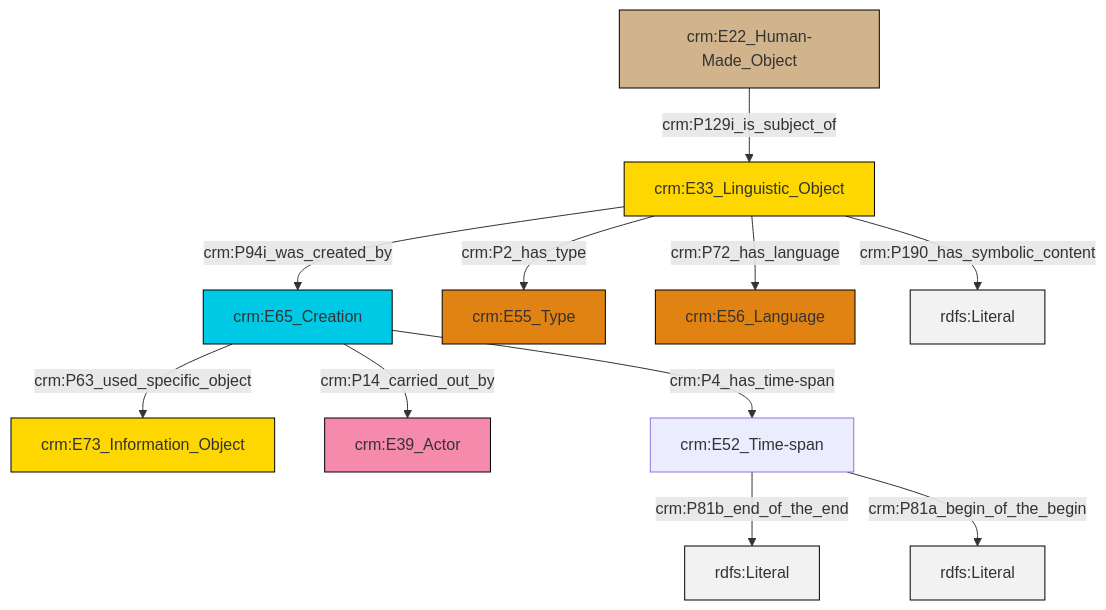
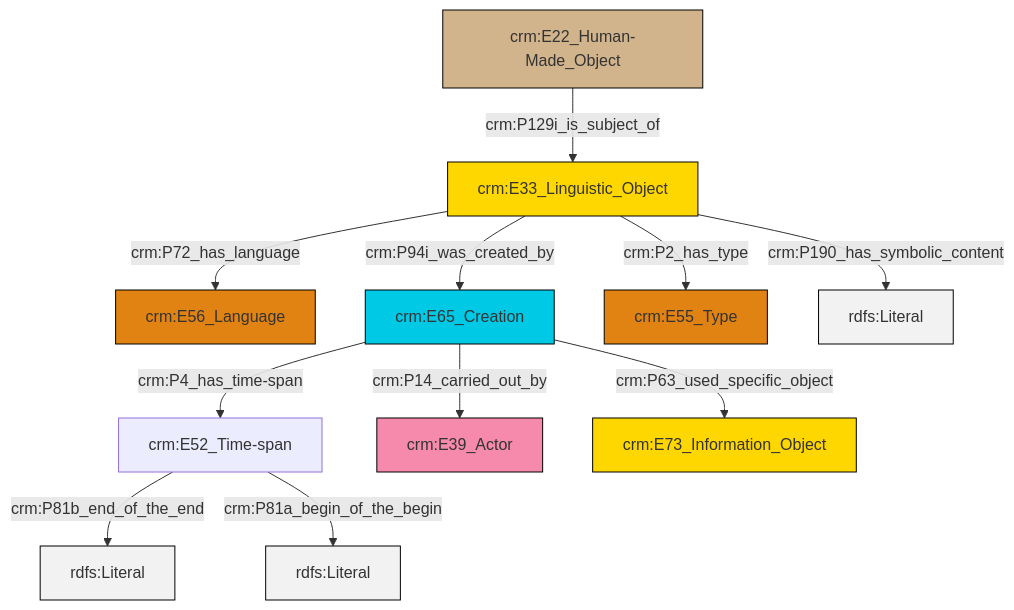
One commit to swiss-art-research-net/docs.swissartresearch changed the diagram in et/carrierCSV/ttl/mmd/carrier_description.ttl.mmd. Above: the diagram before and after it, drawn with Mermaid. The commit also changed 177 other files, not shown here.

```diff
--- a/et/carrierCSV/ttl/mmd/carrier_description.ttl.mmd
+++ b/et/carrierCSV/ttl/mmd/carrier_description.ttl.mmd
@@ -1,25 +1,25 @@
 graph TD
 classDef Literal fill:#f2f2f2,stroke:#000000;
 classDef CRM_Entity fill:#FFFFFF,stroke:#000000;
 classDef Temporal_Entity fill:#00C9E6, stroke:#000000;
 classDef Type fill:#E18312, stroke:#000000;
 classDef Time-Span fill:#2C9C91, stroke:#000000;
 classDef Appellation fill:#FFEB7F, stroke:#000000;
 classDef Place fill:#008836, stroke:#000000;
 classDef Persistent_Item fill:#B266B2, stroke:#000000;
 classDef Conceptual_Object fill:#FFD700, stroke:#000000;
 classDef Physical_Thing fill:#D2B48C, stroke:#000000;
 classDef Actor fill:#f58aad, stroke:#000000;
 classDef PC_Classes fill:#4ce600, stroke:#000000;
 classDef Multi fill:#cccccc,stroke:#000000;
 
-2["crm:E22_Human-Made_Object"]:::Physical_Thing -->|crm:P129i_is_subject_of| 3["crm:E33_Linguistic_Object"]:::Conceptual_Object
-3["crm:E33_Linguistic_Object"]:::Conceptual_Object -->|crm:P2_has_type| 7["crm:E55_Type"]:::Type
-12["crm:E52_Time-span"]:::Default -->|crm:P81b_end_of_the_end| 13[rdfs:Literal]:::Literal
-12["crm:E52_Time-span"]:::Default -->|crm:P81a_begin_of_the_begin| 16[rdfs:Literal]:::Literal
-3["crm:E33_Linguistic_Object"]:::Conceptual_Object -->|crm:P72_has_language| 8["crm:E56_Language"]:::Type
-5["crm:E65_Creation"]:::Temporal_Entity -->|crm:P14_carried_out_by| 10["crm:E39_Actor"]:::Actor
-5["crm:E65_Creation"]:::Temporal_Entity -->|crm:P63_used_specific_object| 0["crm:E73_Information_Object"]:::Conceptual_Object
-3["crm:E33_Linguistic_Object"]:::Conceptual_Object -->|crm:P94i_was_created_by| 5["crm:E65_Creation"]:::Temporal_Entity
-3["crm:E33_Linguistic_Object"]:::Conceptual_Object -->|crm:P190_has_symbolic_content| 17[rdfs:Literal]:::Literal
-5["crm:E65_Creation"]:::Temporal_Entity -->|crm:P4_has_time-span| 12["crm:E52_Time-span"]:::Default
+4["crm:E22_Human-Made_Object"]:::Physical_Thing -->|crm:P129i_is_subject_of| 2["crm:E33_Linguistic_Object"]:::Conceptual_Object
+2["crm:E33_Linguistic_Object"]:::Conceptual_Object -->|crm:P72_has_language| 5["crm:E56_Language"]:::Type
+2["crm:E33_Linguistic_Object"]:::Conceptual_Object -->|crm:P94i_was_created_by| 6["crm:E65_Creation"]:::Temporal_Entity
+6["crm:E65_Creation"]:::Temporal_Entity -->|crm:P14_carried_out_by| 9["crm:E39_Actor"]:::Actor
+0["crm:E52_Time-span"]:::Default -->|crm:P81b_end_of_the_end| 10[rdfs:Literal]:::Literal
+6["crm:E65_Creation"]:::Temporal_Entity -->|crm:P63_used_specific_object| 13["crm:E73_Information_Object"]:::Conceptual_Object
+6["crm:E65_Creation"]:::Temporal_Entity -->|crm:P4_has_time-span| 0["crm:E52_Time-span"]:::Default
+0["crm:E52_Time-span"]:::Default -->|crm:P81a_begin_of_the_begin| 16[rdfs:Literal]:::Literal
+2["crm:E33_Linguistic_Object"]:::Conceptual_Object -->|crm:P190_has_symbolic_content| 17[rdfs:Literal]:::Literal
+2["crm:E33_Linguistic_Object"]:::Conceptual_Object -->|crm:P2_has_type| 11["crm:E55_Type"]:::Type
```
